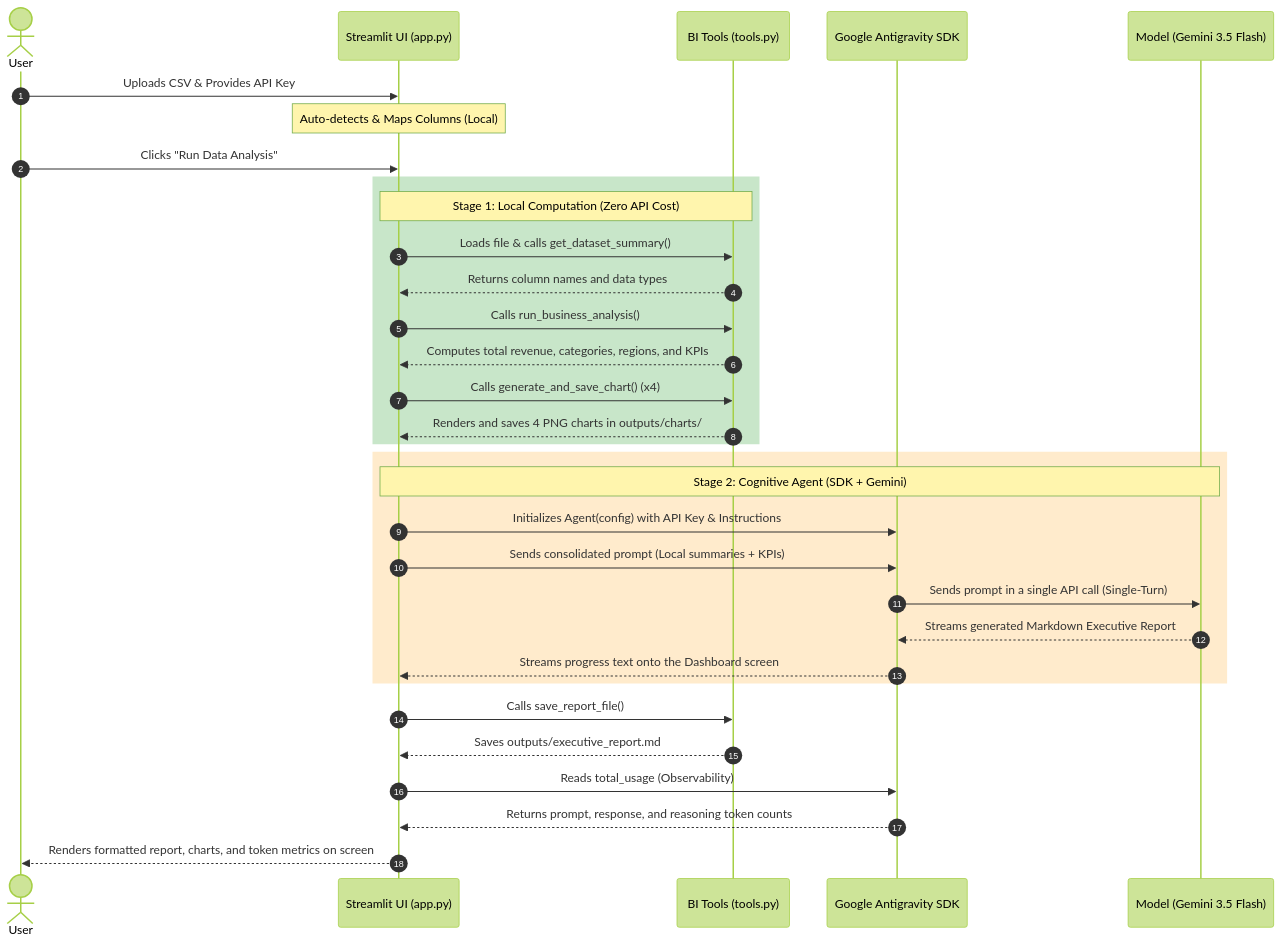
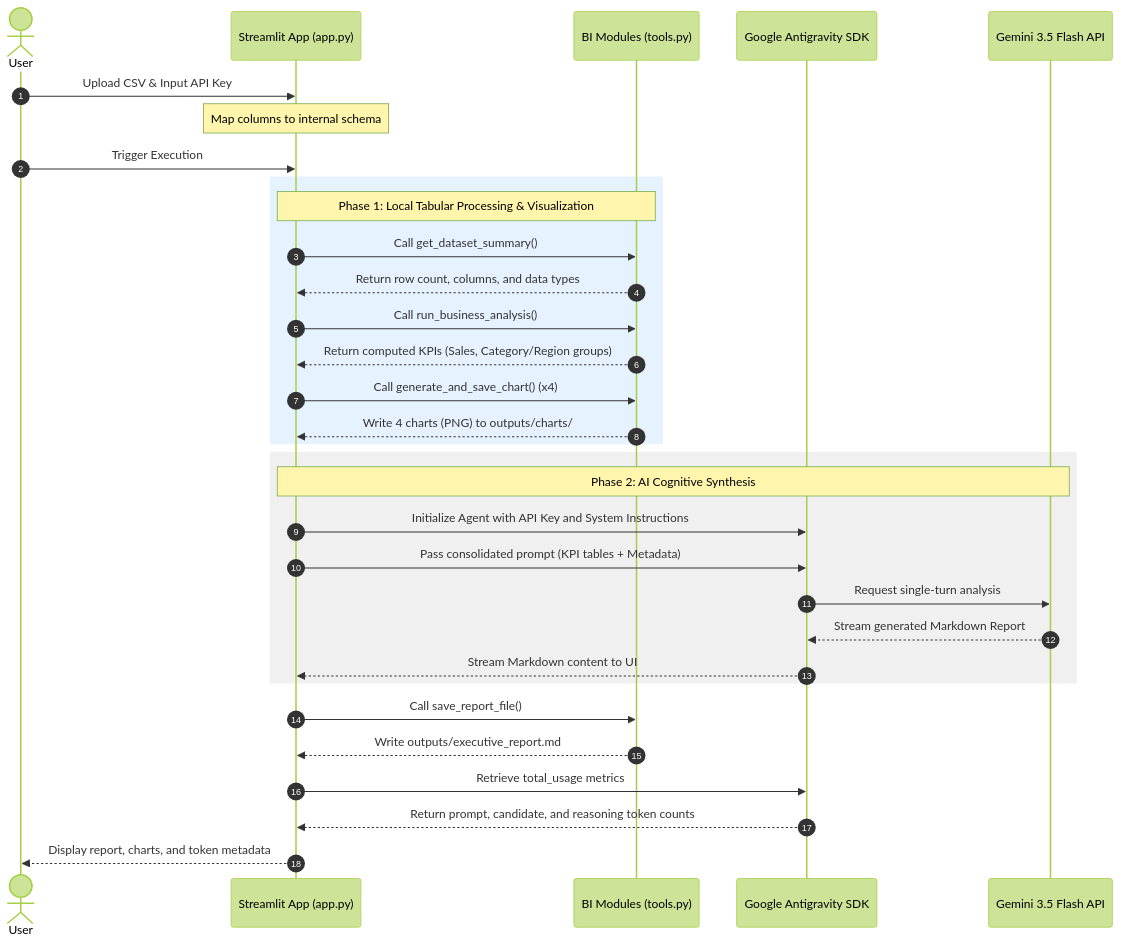
Before and after one commit to Facco-Bruno/google-agents-capstone: the diagram in WRITEUP.md, drawn with Mermaid (forest theme). The commit also changed other lines of this file and 4 other files, not shown here.

````diff
--- a/WRITEUP.md
+++ b/WRITEUP.md
@@ -40,38 +32,38 @@
 ```mermaid
 sequenceDiagram
     autonumber
     actor User as User
-    participant UI as Streamlit UI (app.py)
-    participant Local as BI Tools (tools.py)
+    participant UI as Streamlit App (app.py)
+    participant Local as BI Modules (tools.py)
     participant SDK as Google Antigravity SDK
-    participant Gemini as Model (Gemini 3.5 Flash)
+    participant Gemini as Gemini 3.5 Flash API
 
-    User->>UI: Uploads CSV & Provides API Key
-    Note over UI: Auto-detects & Maps Columns (Local)
-    User->>UI: Clicks "Run Data Analysis"
+    User->>UI: Upload CSV & Input API Key
+    Note over UI: Map columns to internal schema
+    User->>UI: Trigger Execution
     
-    rect rgb(200, 230, 201)
-        Note over UI, Local: Stage 1: Local Computation (Zero API Cost)
-        UI->>Local: Loads file & calls get_dataset_summary()
-        Local-->>UI: Returns column names and data types
-        UI->>Local: Calls run_business_analysis()
-        Local-->>UI: Computes total revenue, categories, regions, and KPIs
-        UI->>Local: Calls generate_and_save_chart() (x4)
-        Local-->>UI: Renders and saves 4 PNG charts in outputs/charts/
+    rect rgb(230, 242, 255)
+        Note over UI, Local: Phase 1: Local Tabular Processing & Visualization
+        UI->>Local: Call get_dataset_summary()
+        Local-->>UI: Return row count, columns, and data types
+        UI->>Local: Call run_business_analysis()
+        Local-->>UI: Return computed KPIs (Sales, Category/Region groups)
+        UI->>Local: Call generate_and_save_chart() (x4)
+        Local-->>UI: Write 4 charts (PNG) to outputs/charts/
     end
 
-    rect rgb(255, 235, 204)
-        Note over UI, Gemini: Stage 2: Cognitive Agent (SDK + Gemini)
-        UI->>SDK: Initializes Agent(config) with API Key & Instructions
-        UI->>SDK: Sends consolidated prompt (Local summaries + KPIs)
-        SDK->>Gemini: Sends prompt in a single API call (Single-Turn)
-        Gemini-->>SDK: Streams generated Markdown Executive Report
-        SDK-->>UI: Streams progress text onto the Dashboard screen
+    rect rgb(240, 240, 240)
+        Note over UI, Gemini: Phase 2: AI Cognitive Synthesis
+        UI->>SDK: Initialize Agent with API Key and System Instructions
+        UI->>SDK: Pass consolidated prompt (KPI tables + Metadata)
+        SDK->>Gemini: Request single-turn analysis
+        Gemini-->>SDK: Stream generated Markdown Report
+        SDK-->>UI: Stream Markdown content to UI
     end
 
-    UI->>Local: Calls save_report_file()
-    Local-->>UI: Saves outputs/executive_report.md
-    UI->>SDK: Reads total_usage (Observability)
-    SDK-->>UI: Returns prompt, response, and reasoning token counts
-    UI-->>User: Renders formatted report, charts, and token metrics on screen
+    UI->>Local: Call save_report_file()
+    Local-->>UI: Write outputs/executive_report.md
+    UI->>SDK: Retrieve total_usage metrics
+    SDK-->>UI: Return prompt, candidate, and reasoning token counts
+    UI-->>User: Display report, charts, and token metadata
 ```
````
